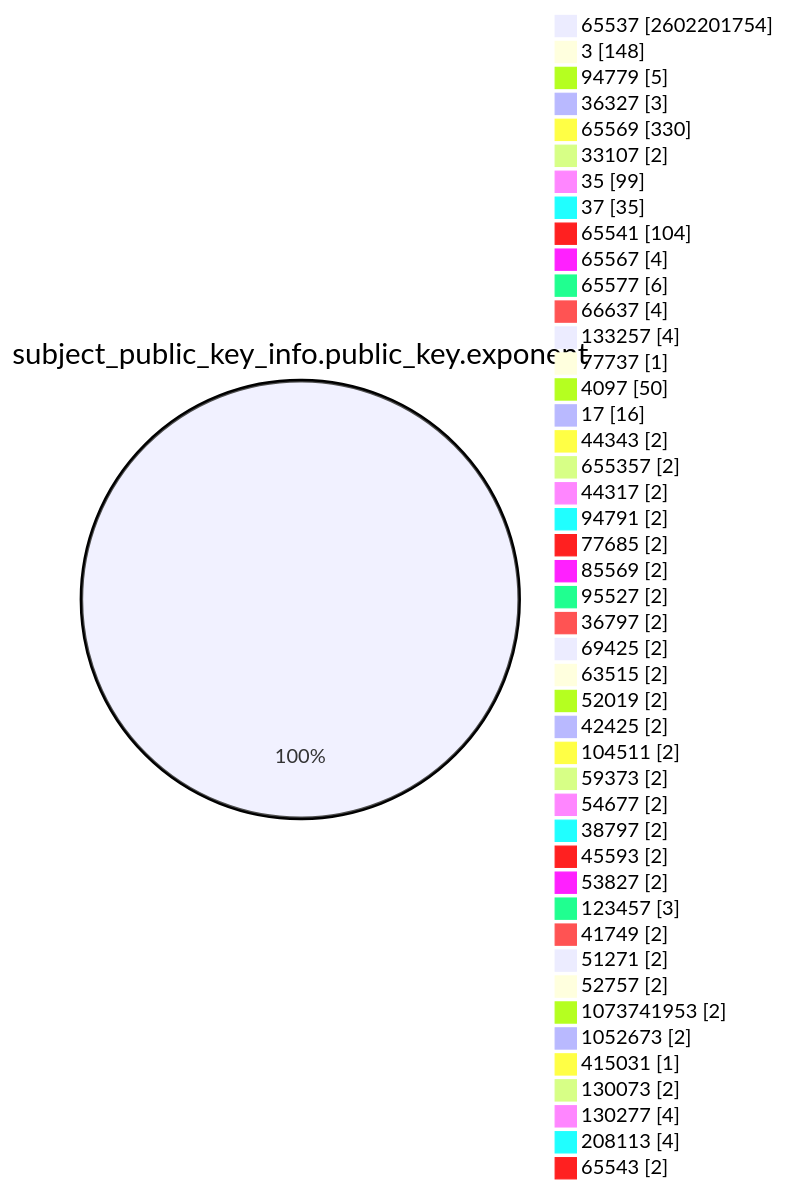
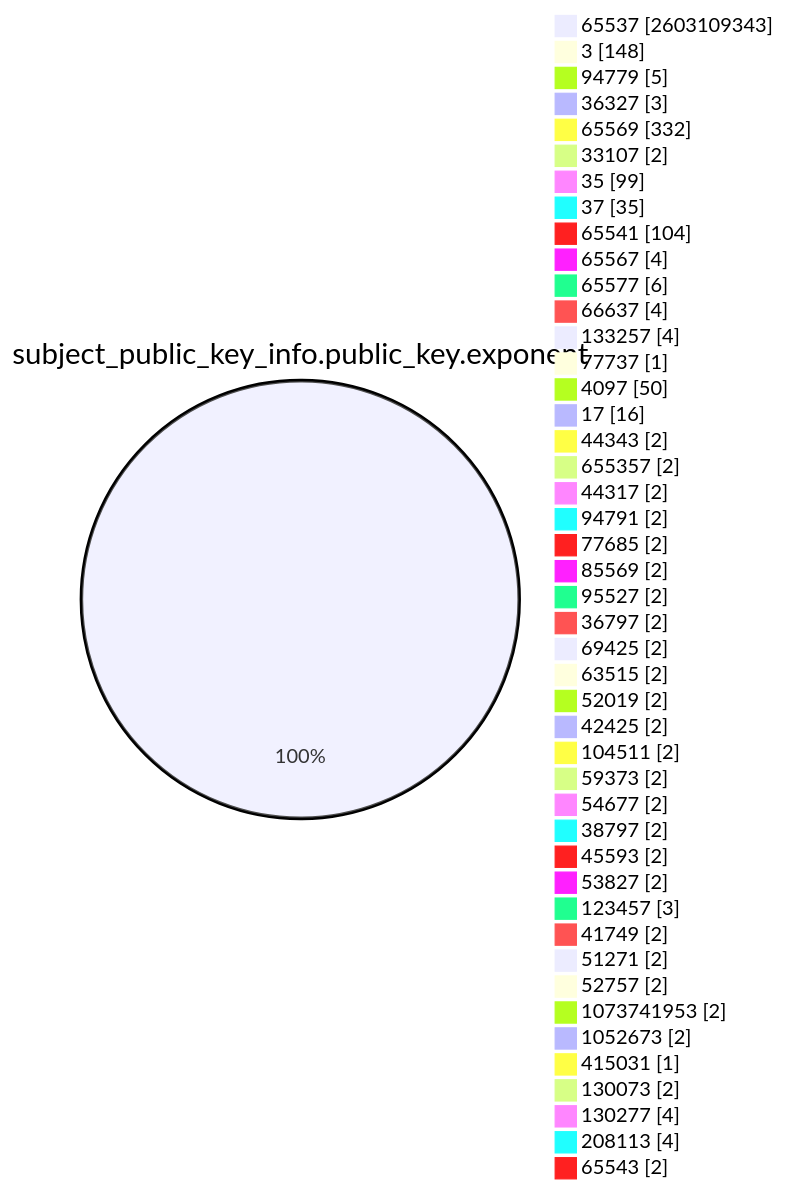
One commit to christiankrug/ctmonitor_visualization changed the fourth of 15 diagrams in TOTAL/README.md. Above: the diagram before and after it, drawn with Mermaid. The commit also changed other lines of this file, not shown here.

````diff
--- a/TOTAL/README.md
+++ b/TOTAL/README.md
@@ -1465,49 +1465,49 @@
 ```mermaid
 pie showData
 title subject_public_key_info.public_key.exponent
-"65537" :2602201754
+"65537" :2603109343
 "3" :148
 "94779" :5
 "36327" :3
-"65569" :330
+"65569" :332
 "33107" :2
 "35" :99
 "37" :35
 "65541" :104
 "65567" :4
 "65577" :6
 "66637" :4
 "133257" :4
 "77737" :1
 "4097" :50
 "17" :16
 "44343" :2
 "655357" :2
 "44317" :2
 "94791" :2
 "77685" :2
 "85569" :2
 "95527" :2
 "36797" :2
 "69425" :2
 "63515" :2
 "52019" :2
 "42425" :2
 "104511" :2
 "59373" :2
 "54677" :2
 "38797" :2
 "45593" :2
 "53827" :2
 "123457" :3
 "41749" :2
 "51271" :2
 "52757" :2
 "1073741953" :2
 "1052673" :2
 "415031" :1
 "130073" :2
 "130277" :4
 "208113" :4
 "65543" :2
 ```
````
